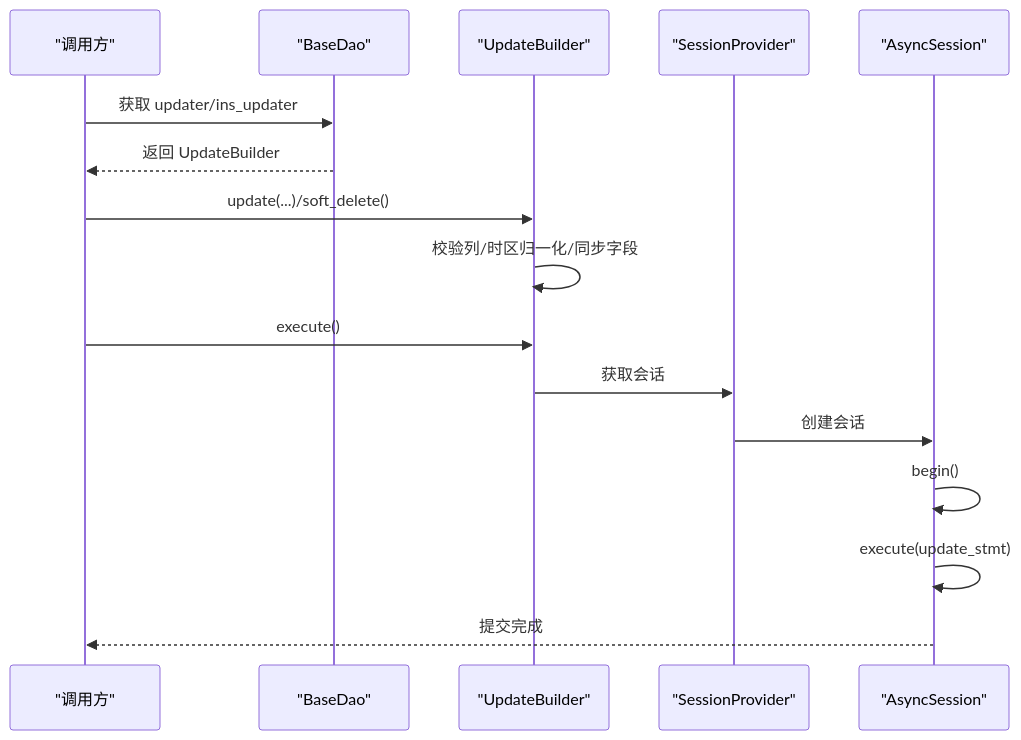
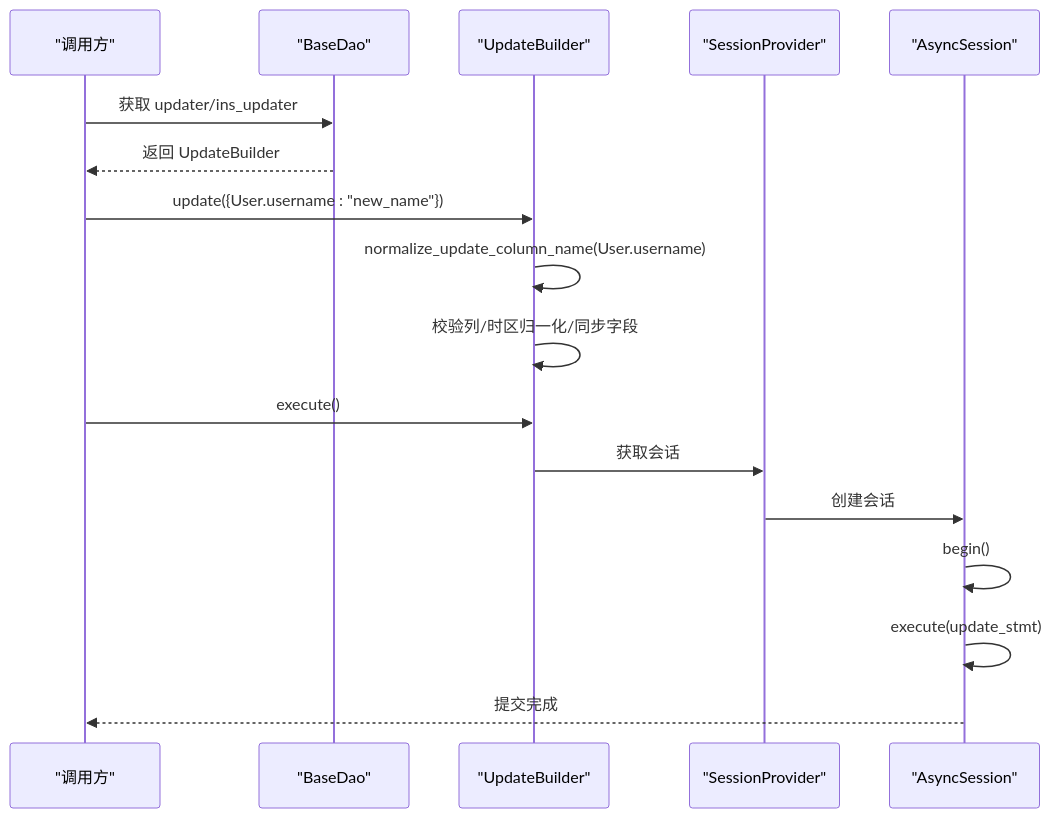
The fifth of 12 diagrams in .qoder/repowiki/zh/content/基础设施工具/数据库工具.md (lilinzezzzzzz/fastapi-backend), drawn with Mermaid before and after one commit. The commit also changed other lines of this file and 38 other files, not shown here.

````diff
--- a/.qoder/repowiki/zh/content/基础设施工具/数据库工具.md
+++ b/.qoder/repowiki/zh/content/基础设施工具/数据库工具.md
@@ -228,18 +236,19 @@
 ```mermaid
 sequenceDiagram
 participant Caller as "调用方"
 participant DAO as "BaseDao"
 participant UB as "UpdateBuilder"
 participant SP as "SessionProvider"
 participant S as "AsyncSession"
 Caller->>DAO : 获取 updater/ins_updater
 DAO-->>Caller : 返回 UpdateBuilder
-Caller->>UB : update(...)/soft_delete()
+Caller->>UB : update({User.username : "new_name"})
+UB->>UB : normalize_update_column_name(User.username)
 UB->>UB : 校验列/时区归一化/同步字段
 Caller->>UB : execute()
 UB->>SP : 获取会话
 SP->>S : 创建会话
 S->>S : begin()
 S->>S : execute(update_stmt)
 S-->>Caller : 提交完成
 ```
````
